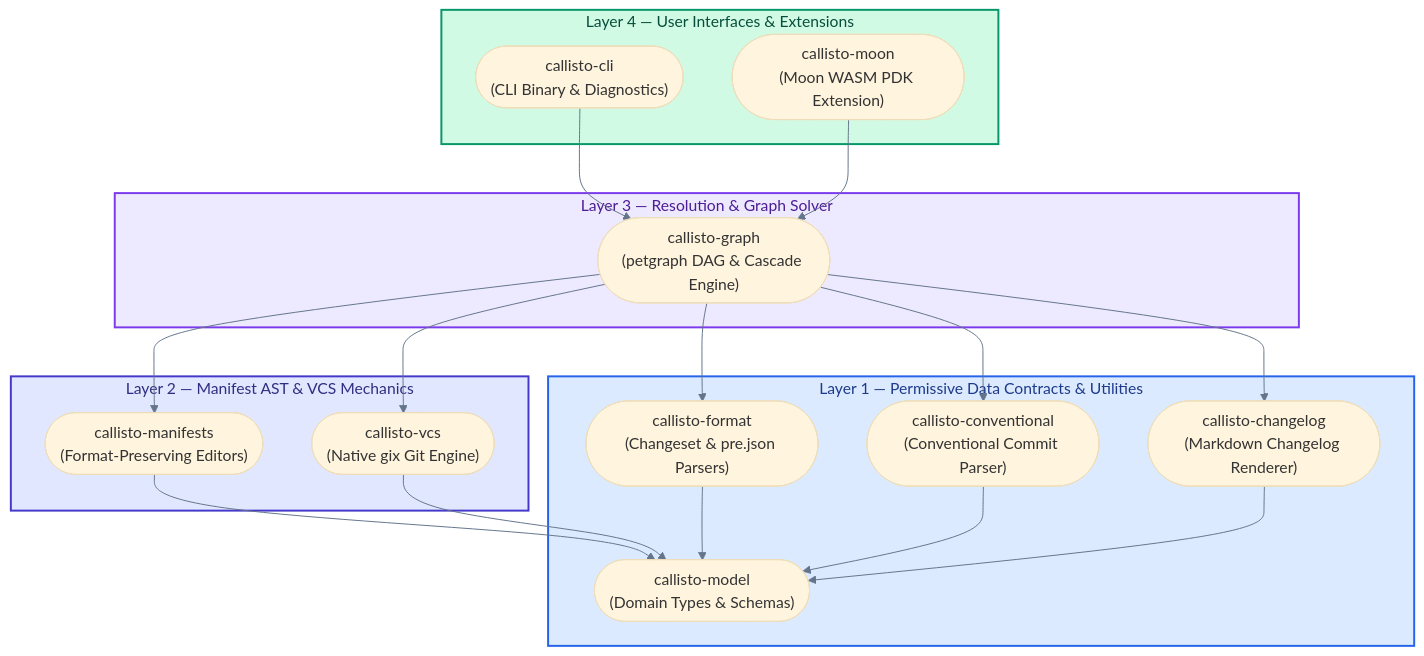
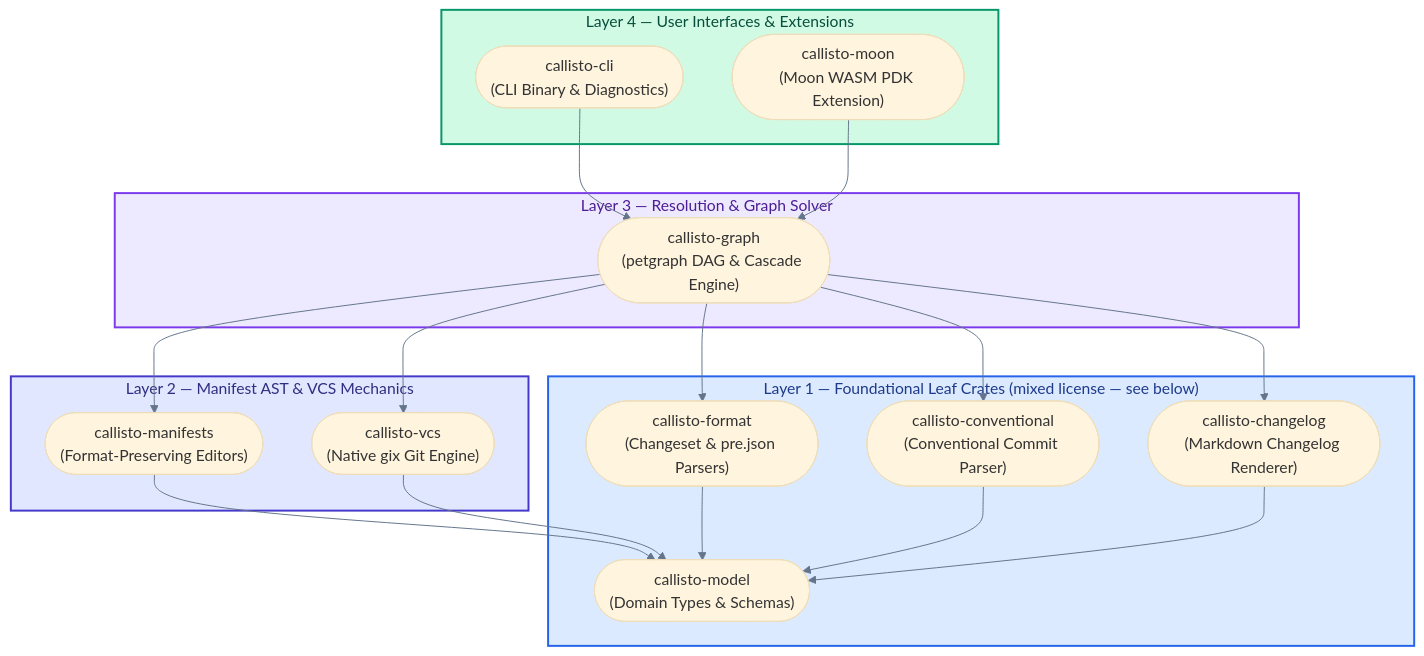
One commit to orin-dx/callisto changed the second of 4 diagrams in ARCHITECTURE.md. Above: the diagram before and after it, drawn with Mermaid. The commit also changed other lines of this file, not shown here.

First line of the commit message:
docs(architecture): fix factual errors in ARCHITECTURE.md

````diff
--- a/ARCHITECTURE.md
+++ b/ARCHITECTURE.md
@@ -73,42 +73,42 @@
 ```mermaid
 %%{init: {'theme': 'base', 'themeVariables': {'lineColor': '#64748b', 'edgeLabelBackground': '#f8fafc', 'fontFamily': 'ui-sans-serif, system-ui, sans-serif'}}}%%
 flowchart TB
     subgraph Layer4 ["Layer 4 — User Interfaces & Extensions"]
         CLI(["callisto-cli<br/>(CLI Binary & Diagnostics)"])
         Moon(["callisto-moon<br/>(Moon WASM PDK Extension)"])
     end
 
     subgraph Layer3 ["Layer 3 — Resolution & Graph Solver"]
         Graph(["callisto-graph<br/>(petgraph DAG & Cascade Engine)"])
     end
 
     subgraph Layer2 ["Layer 2 — Manifest AST & VCS Mechanics"]
         Manifests(["callisto-manifests<br/>(Format-Preserving Editors)"])
         VCS(["callisto-vcs<br/>(Native gix Git Engine)"])
     end
 
-    subgraph Layer1 ["Layer 1 — Permissive Data Contracts & Utilities"]
+    subgraph Layer1 ["Layer 1 — Foundational Leaf Crates (mixed license — see below)"]
         Model(["callisto-model<br/>(Domain Types & Schemas)"])
         Format(["callisto-format<br/>(Changeset & pre.json Parsers)"])
         Conventional(["callisto-conventional<br/>(Conventional Commit Parser)"])
         Changelog(["callisto-changelog<br/>(Markdown Changelog Renderer)"])
     end
 
     CLI --> Graph
     Moon --> Graph
     Graph --> Manifests
     Graph --> VCS
     Graph --> Format
     Graph --> Conventional
     Graph --> Changelog
     Manifests --> Model
     VCS --> Model
     Format --> Model
     Conventional --> Model
     Changelog --> Model
 
     style Layer4 fill:#d1fae5,stroke:#059669,stroke-width:2px,color:#064e3b
     style Layer3 fill:#ede9fe,stroke:#7c3aed,stroke-width:2px,color:#4c1d95
     style Layer2 fill:#e0e7ff,stroke:#4338ca,stroke-width:2px,color:#312e81
     style Layer1 fill:#dbeafe,stroke:#2563eb,stroke-width:2px,color:#1e3a8a
 ```
````
